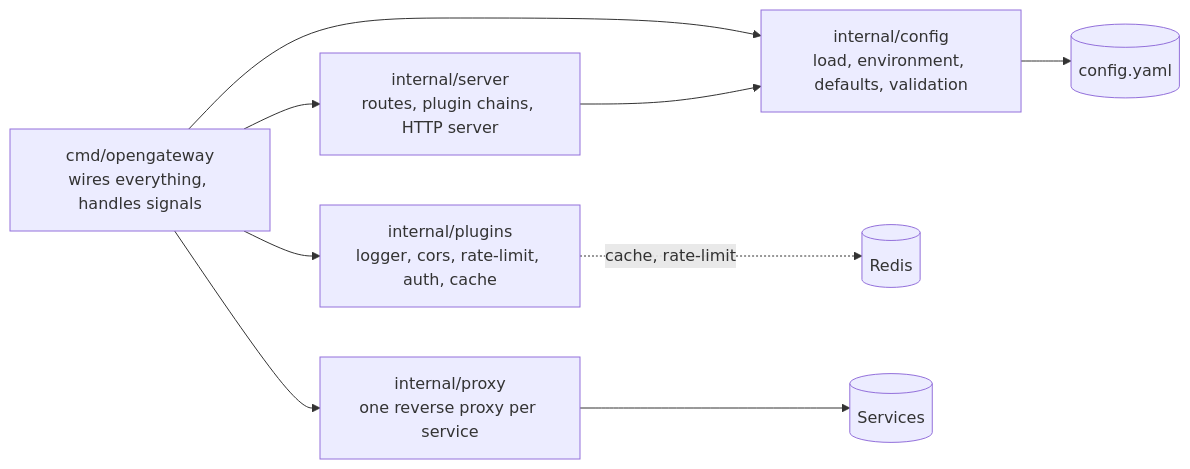
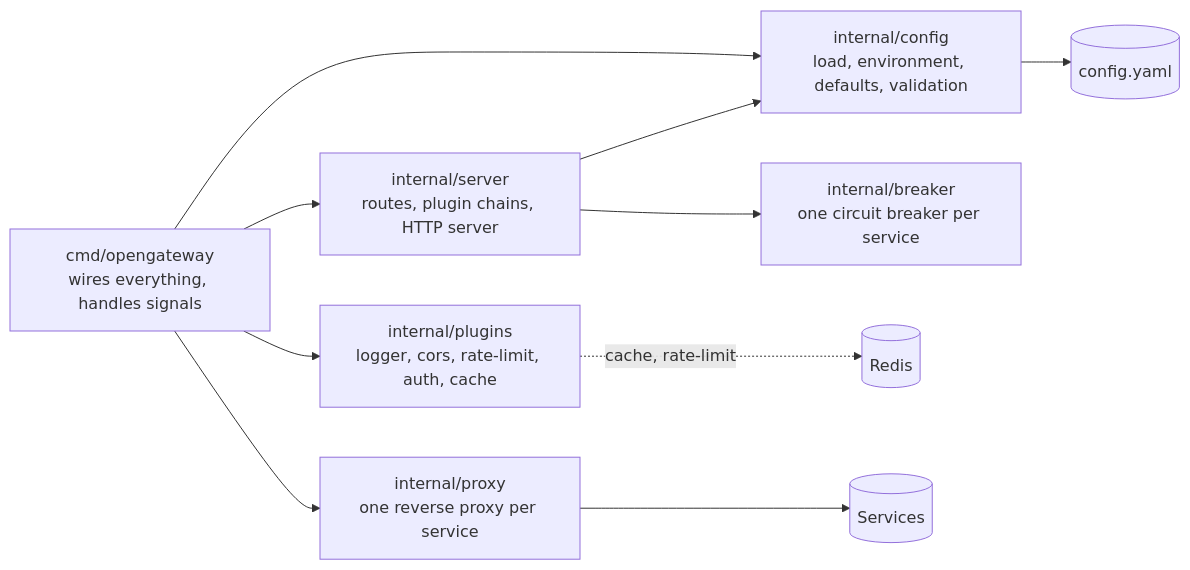
Before and after one commit to lucdoe/opengateway: the first of 2 diagrams in docs/README.md, drawn with Mermaid. The commit also changed other lines of this file and 13 other files, not shown here.

First line of the commit message:
add a circuit breaker per service

````diff
--- a/docs/README.md
+++ b/docs/README.md
@@ -23,19 +23,21 @@
 ```mermaid
 flowchart LR
     main["cmd/opengateway<br/>wires everything, handles signals"]
     config["internal/config<br/>load, environment, defaults, validation"]
     server["internal/server<br/>routes, plugin chains, HTTP server"]
+    breaker["internal/breaker<br/>one circuit breaker per service"]
     proxy["internal/proxy<br/>one reverse proxy per service"]
     plugins["internal/plugins<br/>logger, cors, rate-limit, auth, cache"]
     yaml[("config.yaml")]
     redis[("Redis")]
     upstream[("Services")]
 
     main --> config --> yaml
     main --> plugins
     main --> server
     main --> proxy
     server --> config
+    server --> breaker
     plugins -.->|"cache, rate-limit"| redis
     proxy --> upstream
 ```
````
